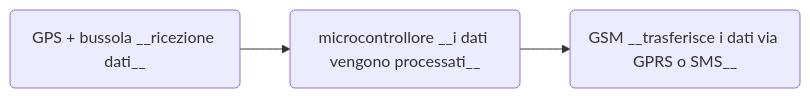
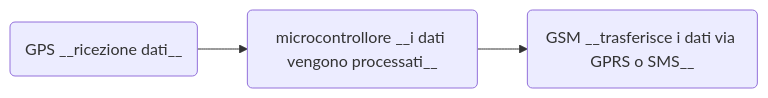
One commit to AlessandroBelfiore257/BlackBoxProject changed the diagram in Functionality/Tracking.md. Above: the diagram before and after it, drawn with Mermaid. The commit also changed other lines of this file, not shown here.

Commit message:
Rimosso sensore "bussola"

````diff
--- a/Functionality/Tracking.md
+++ b/Functionality/Tracking.md
@@ -27,9 +23,9 @@
 ```mermaid
 graph LR
-  a(GPS + bussola __ricezione dati__)
+  a(GPS __ricezione dati__)
   b(microcontrollore __i dati vengono processati__)
   c(GSM __trasferisce i dati via GPRS o SMS__)
   
   a-->b
   b-->c
 ```
````
